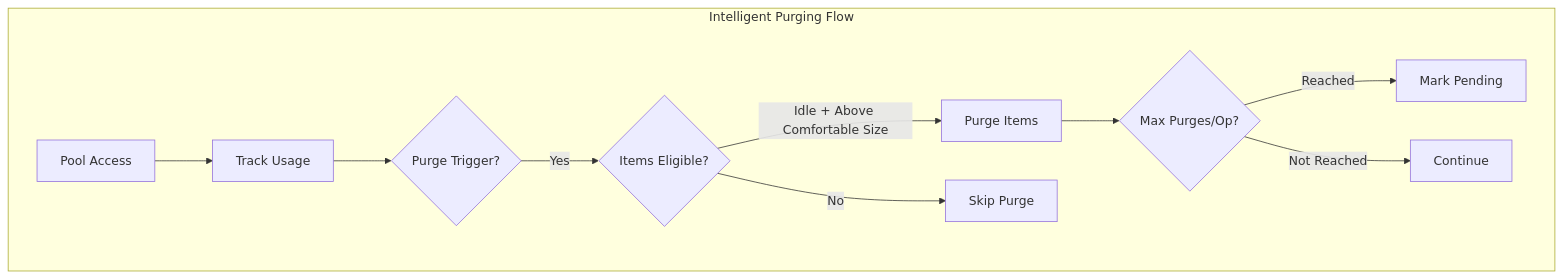
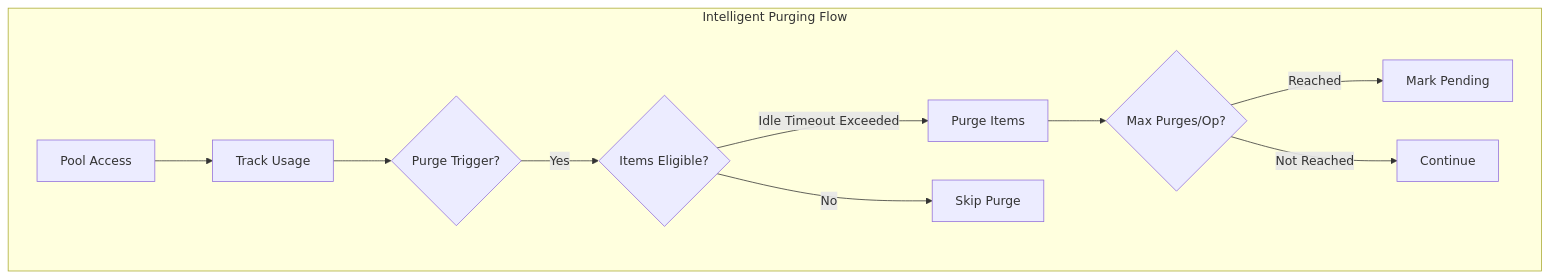
Before and after one commit to wallstop/unity-helpers: the first of 2 diagrams in docs/features/utilities/pooling-guide.md, drawn with Mermaid. The commit also changed other lines of this file and 62 other files, not shown here.

````diff
--- a/docs/features/utilities/pooling-guide.md
+++ b/docs/features/utilities/pooling-guide.md
@@ -41,13 +41,13 @@
 ```mermaid
 flowchart TB
     subgraph "Intelligent Purging Flow"
         Access[Pool Access] --> Track[Track Usage]
         Track --> Check{Purge Trigger?}
         Check -->|Yes| Eligible{Items Eligible?}
-        Eligible -->|Idle + Above Comfortable Size| Purge[Purge Items]
+        Eligible -->|Idle Timeout Exceeded| Purge[Purge Items]
         Eligible -->|No| Skip[Skip Purge]
         Purge --> Limit{Max Purges/Op?}
         Limit -->|Reached| Pending[Mark Pending]
         Limit -->|Not Reached| Continue[Continue]
     end
 ```
````
